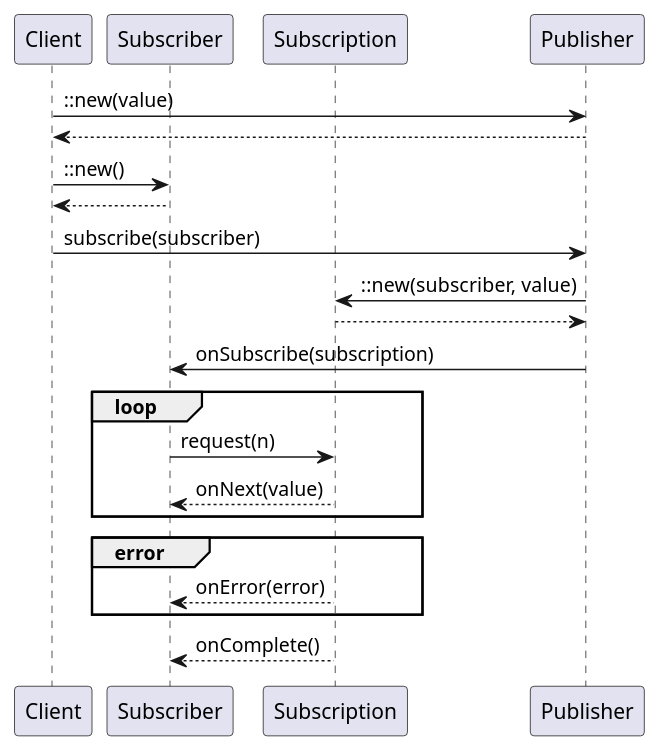
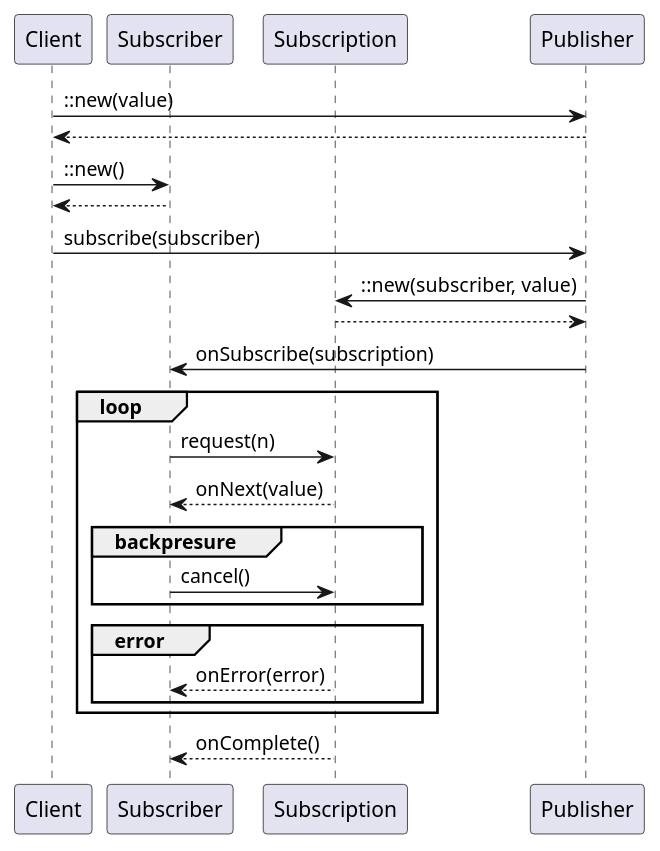
Before and after one commit to yanghoon/obsidian-workspace: the diagram in _diary/2024-06-18.md, drawn with PlantUML.

Commit message:
vault backup: 2024-06-19 00:17:40

````diff
--- a/_diary/2024-06-18.md
+++ b/_diary/2024-06-18.md
@@ -3,32 +3,34 @@
 ```plantuml
 @startuml
 
 participant Client as Client
 participant Subscriber as Sub
 participant Subscription as Subn
 participant Publisher as Pub
 
 Client -> Pub: ::new(value)
 Client <-- Pub
 Client -> Sub: ::new()
 Client <-- Sub
 
 Client -> Pub: subscribe(subscriber)
 Pub -> Subn: ::new(subscriber, value)
 Pub <-- Subn
 Pub -> Sub: onSubscribe(subscription)
 
 group loop
   Sub -> Subn: request(n)
   Sub <-- Subn: onNext(value)
-end
-
-group error
-  Sub <-- Subn: onError(error)
+  group backpresure
+	Sub -> Subn: cancel()
+  end
+  group error
+    Sub <-- Subn: onError(error)
+  end
 end
 
 Sub <-- Subn: onComplete()
 
 
 @enduml
 ```
````
